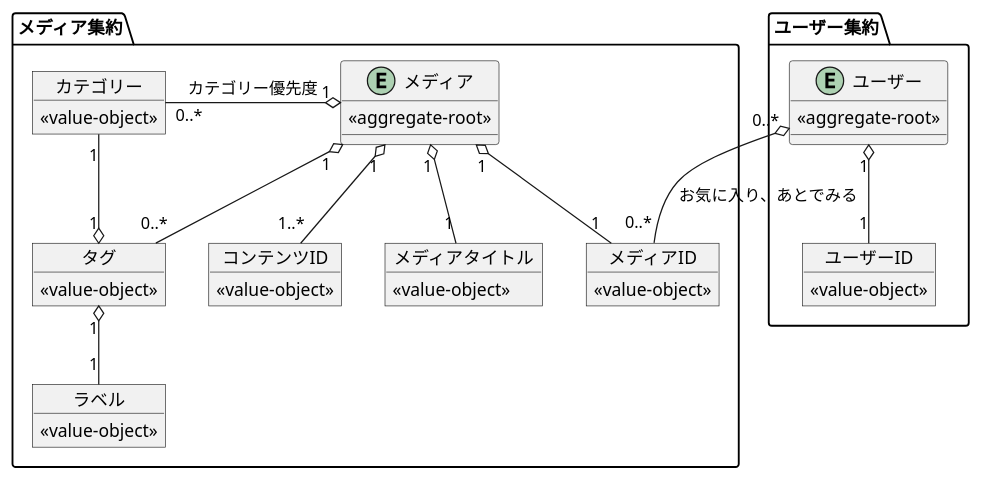
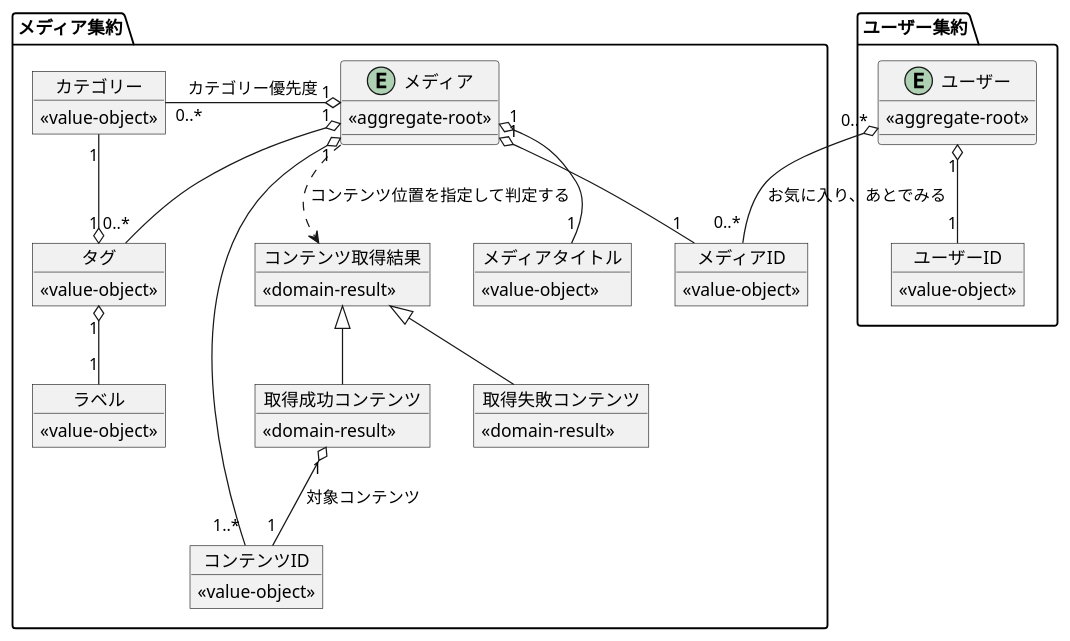
One commit to hachimitu22/MangaViewer changed the diagram in doc/2_domain/ドメインモデル.puml. Above: the diagram before and after it, drawn with PlantUML. The commit also changed 14 other files, not shown here.

```diff
--- a/doc/2_domain/ドメインモデル.puml
+++ b/doc/2_domain/ドメインモデル.puml
@@ -1,60 +1,81 @@
 @startuml
 ' skinparam linetype ortho
 
 package メディア集約 {
 
     entity メディア {
         <<aggregate-root>>
     }
 
     object メディアID {
         <<value-object>>
     }
 
     object メディアタイトル {
         <<value-object>>
     }
 
     object コンテンツID {
         <<value-object>>
     }
 
     object タグ {
         <<value-object>>
     }
 
     object カテゴリー {
         <<value-object>>
     }
 
     object ラベル {
         <<value-object>>
     }
 
+    object コンテンツ取得結果 {
+        <<domain-result>>
+    }
+
+    object 取得成功コンテンツ {
+        <<domain-result>>
+    }
+
+    object 取得失敗コンテンツ {
+        <<domain-result>>
+    }
+
+    コンテンツ取得結果 <|-- 取得成功コンテンツ
+    コンテンツ取得結果 <|-- 取得失敗コンテンツ
+
+    取得成功コンテンツ "1" o-- "1" コンテンツID : 対象コンテンツ
+
+    ' メディアの振る舞いの結果であることを表現
+    メディア ..> コンテンツ取得結果 : コンテンツ位置を指定して判定する
+
+    ' ===== 既存定義 =====
     メディア "1" o-- "1" メディアID
     メディア "1" o-- "1" メディアタイトル
     メディア "1" o-- "1..*" コンテンツID
     メディア "1" o-- "0..*" タグ
     メディア "1" o-l- "0..*" カテゴリー : カテゴリー優先度
 
     タグ "1" o-- "1" カテゴリー
     タグ "1" o-- "1" ラベル
 }
 
 package ユーザー集約 {
 
     entity ユーザー {
         <<aggregate-root>>
     }
 
     object ユーザーID {
         <<value-object>>
     }
 
     ユーザー "1" o-- "1" ユーザーID
 }
 
 ' 集約を跨ぐ参照（弱い参照）
 ユーザー集約.ユーザー "0..*" o-- "0..*" メディア集約.メディアID : お気に入り、あとでみる
 
 @enduml
```
